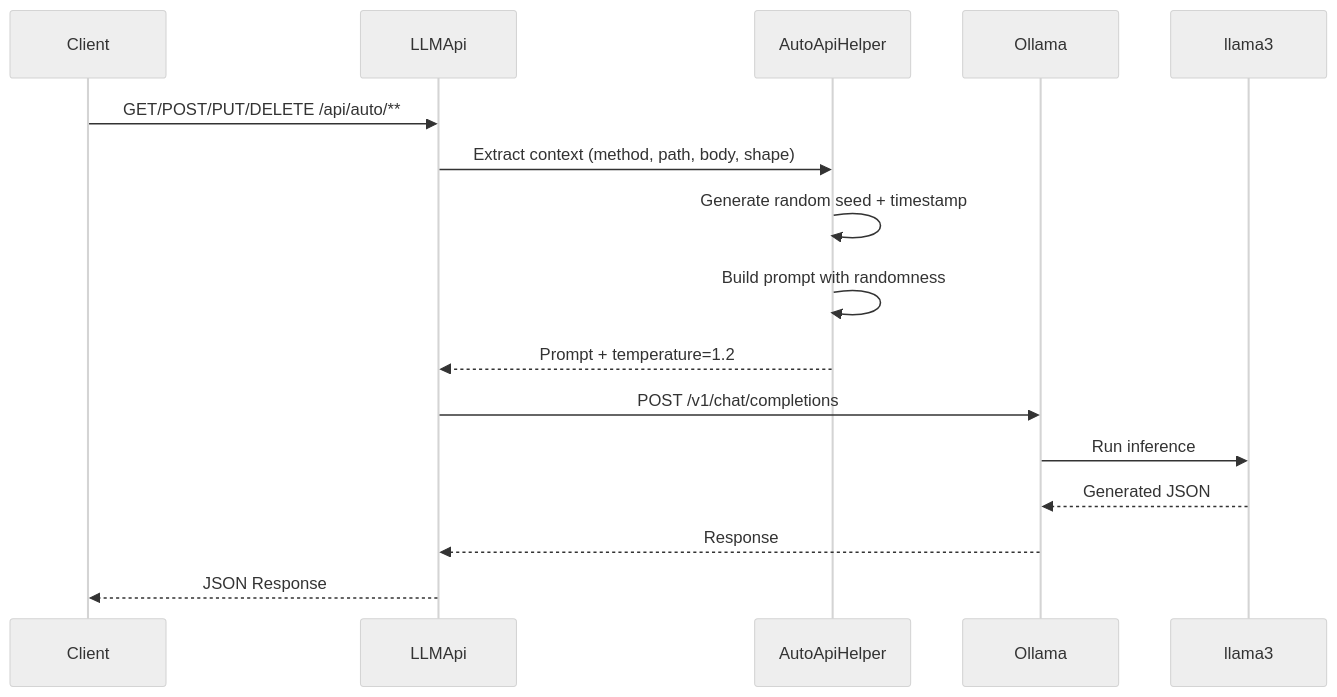
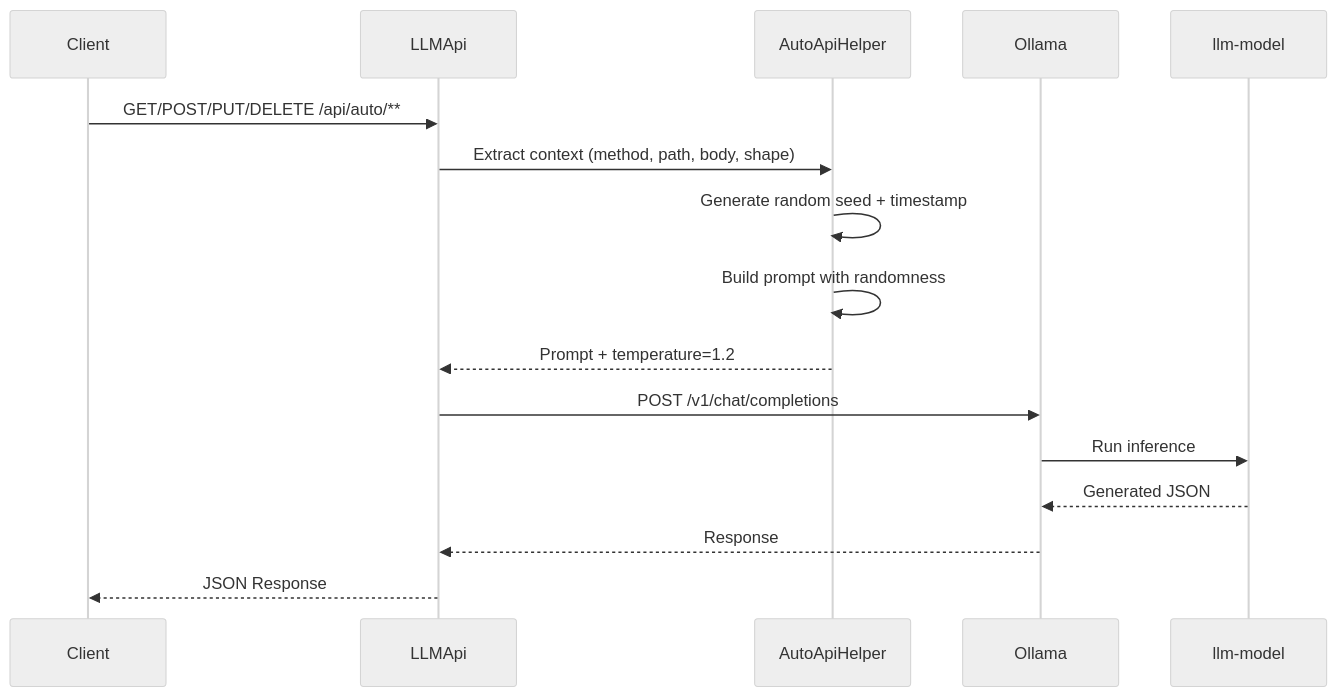
Before and after one commit to scottgal/LLMApi: the third of 4 diagrams in README.md, drawn with Mermaid (neutral theme). The commit also changed other lines of this file and 12 other files, not shown here.

````diff
--- a/README.md
+++ b/README.md
@@ -2197,19 +2131,19 @@
 ```mermaid
 sequenceDiagram
     participant C as Client
     participant A as LLMApi
     participant H as AutoApiHelper
     participant O as Ollama
-    participant M as llama3
+    participant M as llm-model
 
     C->>A: GET/POST/PUT/DELETE /api/auto/**
     A->>H: Extract context (method, path, body, shape)
     H->>H: Generate random seed + timestamp
     H->>H: Build prompt with randomness
     H-->>A: Prompt + temperature=1.2
     A->>O: POST /v1/chat/completions
     O->>M: Run inference
     M-->>O: Generated JSON
     O-->>A: Response
     A-->>C: JSON Response
 ```
````
